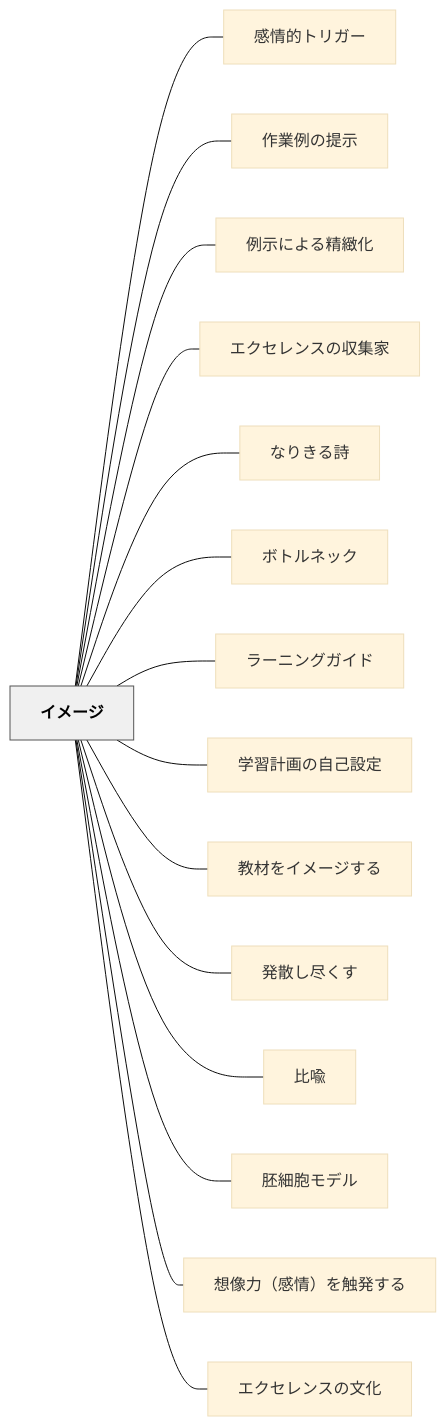
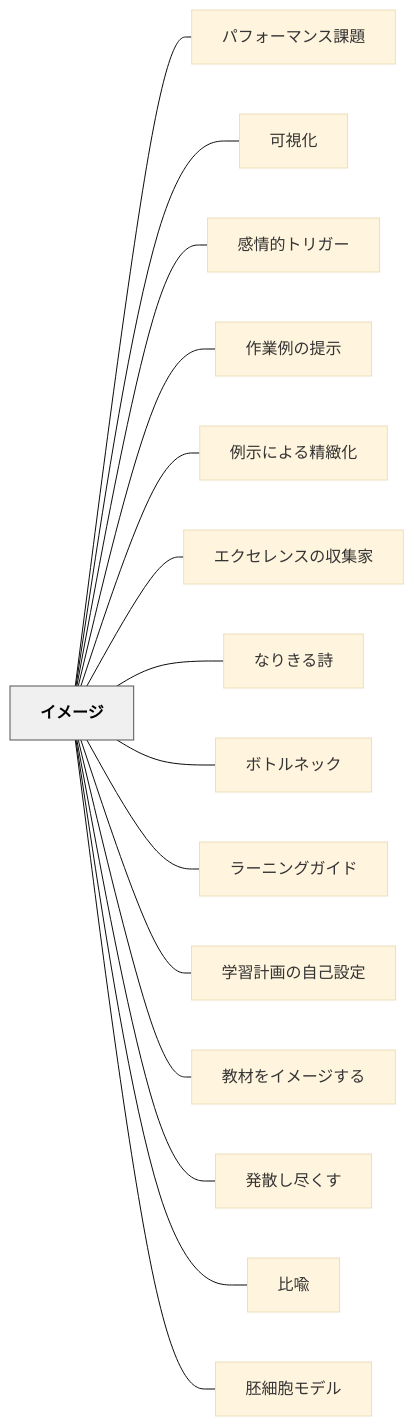
Before and after one commit to unknownthings-ed-patterns/unknownthings-ed-patterns: the diagram in content/パタン/イメージ.md, drawn with Mermaid (base theme). The commit also changed other lines of this file and 100 other files, not shown here.

````diff
--- a/content/パタン/イメージ.md
+++ b/content/パタン/イメージ.md
@@ -66,36 +68,36 @@
 ```mermaid
 flowchart LR
     ne382a4e383a1e383bce382b8["イメージ"]
+    ne38391e38395e382a9e383bce3839ee383b3e382b9e8aab2e9a18c["パフォーマンス課題"]
+    ne58fafe8a696e58c96["可視化"]
     ne6849fe68385e79a84e38388e383aae382ace383bc["感情的トリガー"]
     ne4bd9ce6a5ade4be8be381aee68f90e7a4ba["作業例の提示"]
     ne4be8be7a4bae381abe38288e3828be7b2bee7b7bbe58c96["例示による精緻化"]
     ne382a8e382afe382bbe383ace383b3e382b9e381aee58f8ee99b86e5aeb6["エクセレンスの収集家"]
     ne381aae3828ae3818de3828be8a9a9["なりきる詩"]
     ne3839ce38388e383abe3838de38383e382af["ボトルネック"]
     ne383a9e383bce3838be383b3e382b0e382ace382a4e38389["ラーニングガイド"]
     ne5ada6e7bf92e8a888e794bbe381aee887aae5b7b1e8a8ade5ae9a["学習計画の自己設定"]
     ne69599e69d90e38292e382a4e383a1e383bce382b8e38199e3828b["教材をイメージする"]
     ne799bae695a3e38197e5b0bde3818fe38199["発散し尽くす"]
     ne6af94e596a9["比喩"]
     ne8839ae7b4b0e8839ee383a2e38387e383ab["胚細胞モデル"]
-    ne683b3e5838fe58a9befbc88e6849fe68385efbc89e38292e8a7a6e799bae38199e3828b["想像力（感情）を触発する"]
-    ne382a8e382afe382bbe383ace383b3e382b9e381aee69687e58c96["エクセレンスの文化"]
 
+    ne382a4e383a1e383bce382b8 --- ne38391e38395e382a9e383bce3839ee383b3e382b9e8aab2e9a18c
+    ne382a4e383a1e383bce382b8 --- ne58fafe8a696e58c96
     ne382a4e383a1e383bce382b8 --- ne6849fe68385e79a84e38388e383aae382ace383bc
     ne382a4e383a1e383bce382b8 --- ne4bd9ce6a5ade4be8be381aee68f90e7a4ba
     ne382a4e383a1e383bce382b8 --- ne4be8be7a4bae381abe38288e3828be7b2bee7b7bbe58c96
     ne382a4e383a1e383bce382b8 --- ne382a8e382afe382bbe383ace383b3e382b9e381aee58f8ee99b86e5aeb6
     ne382a4e383a1e383bce382b8 --- ne381aae3828ae3818de3828be8a9a9
     ne382a4e383a1e383bce382b8 --- ne3839ce38388e383abe3838de38383e382af
     ne382a4e383a1e383bce382b8 --- ne383a9e383bce3838be383b3e382b0e382ace382a4e38389
     ne382a4e383a1e383bce382b8 --- ne5ada6e7bf92e8a888e794bbe381aee887aae5b7b1e8a8ade5ae9a
     ne382a4e383a1e383bce382b8 --- ne69599e69d90e38292e382a4e383a1e383bce382b8e38199e3828b
     ne382a4e383a1e383bce382b8 --- ne799bae695a3e38197e5b0bde3818fe38199
     ne382a4e383a1e383bce382b8 --- ne6af94e596a9
     ne382a4e383a1e383bce382b8 --- ne8839ae7b4b0e8839ee383a2e38387e383ab
-    ne382a4e383a1e383bce382b8 --- ne683b3e5838fe58a9befbc88e6849fe68385efbc89e38292e8a7a6e799bae38199e3828b
-    ne382a4e383a1e383bce382b8 --- ne382a8e382afe382bbe383ace383b3e382b9e381aee69687e58c96
 
     classDef hub fill:#f0f0f0,stroke:#555,color:#000,font-weight:bold
     class ne382a4e383a1e383bce382b8 hub
 ```
````
